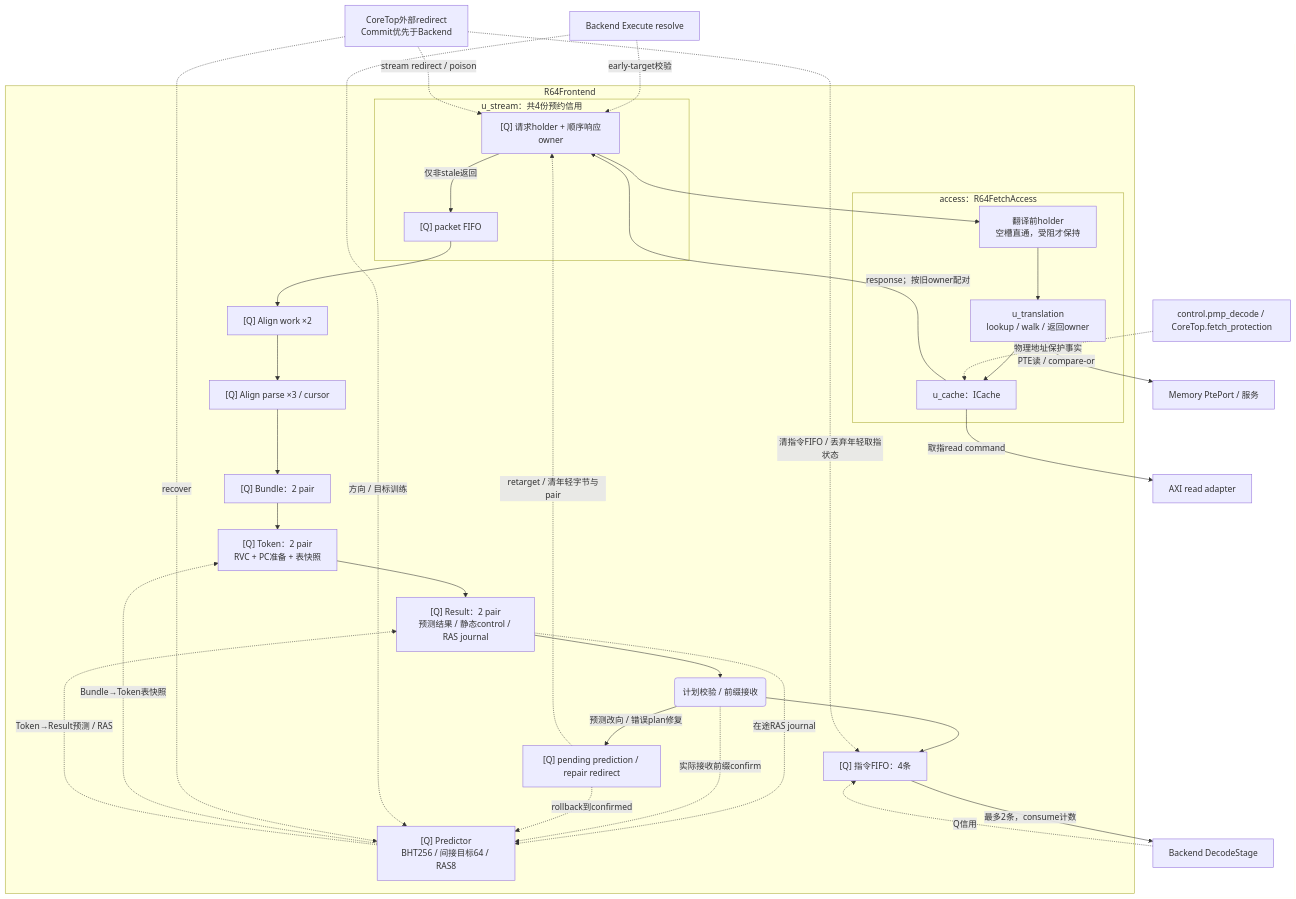
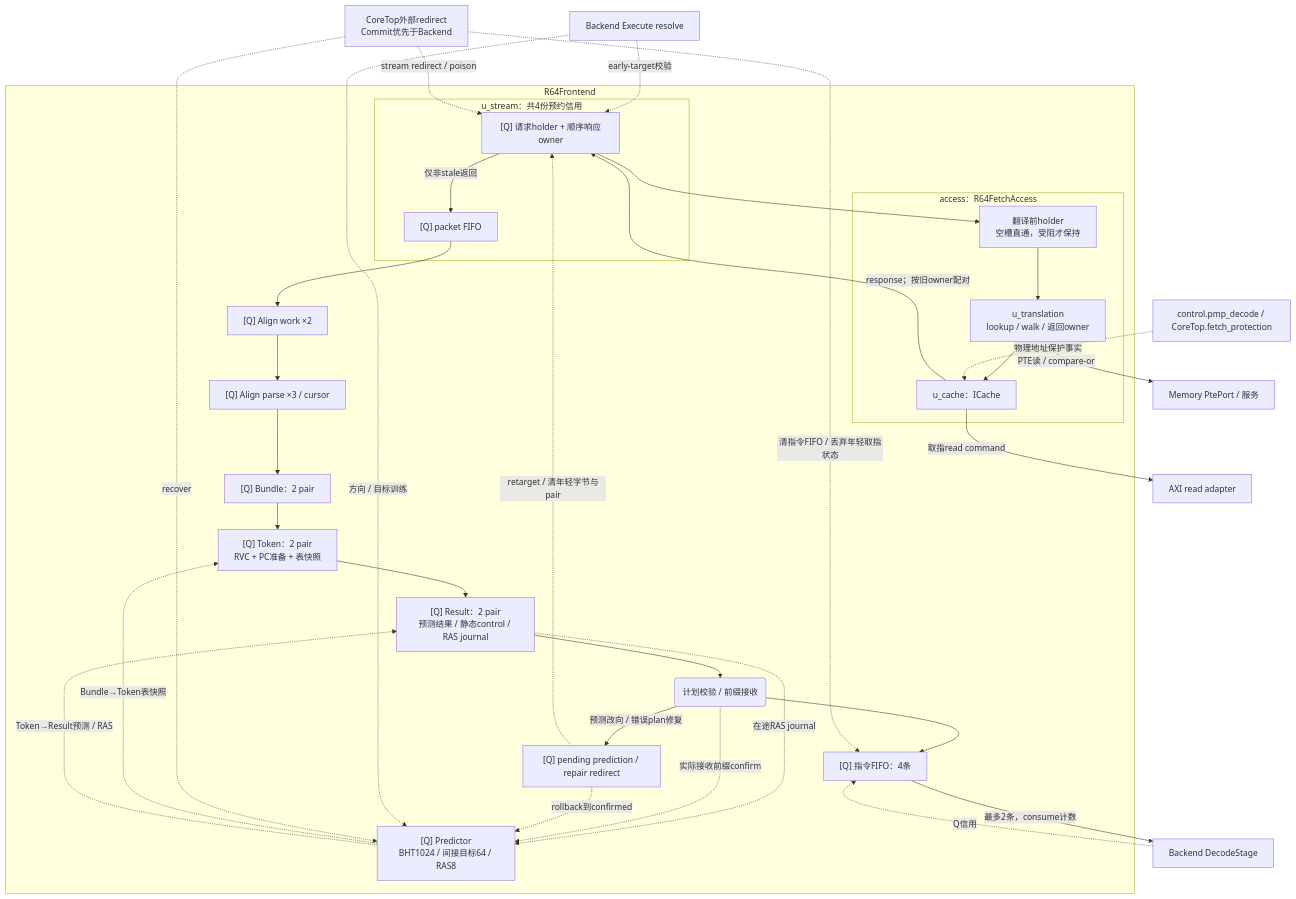
The diagram in npc/rv64/vsrc/frontend/TOPOLOGY.md (mcsaver/oscpu), drawn with Mermaid before and after one commit. The commit also changed other lines of this file and 227 other files, not shown here.

````diff
--- a/npc/rv64/vsrc/frontend/TOPOLOGY.md
+++ b/npc/rv64/vsrc/frontend/TOPOLOGY.md
@@ -48,44 +64,44 @@
 ```mermaid
 flowchart TB
   subgraph FE["R64Frontend"]
     subgraph ST["u_stream：共4份预约信用"]
       REQ["[Q] 请求holder + 顺序响应owner"]
       PK["[Q] packet FIFO"]
     end
     subgraph ACCESS["access：R64FetchAccess"]
       H["翻译前holder<br/>空槽直通，受阻才保持"]
       TR["u_translation<br/>lookup / walk / 返回owner"]
       IC["u_cache：ICache"]
     end
     WORK["[Q] Align work ×2"]
     PARSE["[Q] Align parse ×3 / cursor"]
     B["[Q] Bundle：2 pair"]
     T["[Q] Token：2 pair<br/>RVC + PC准备 + 表快照"]
     R["[Q] Result：2 pair<br/>预测结果 / 静态control / RAS journal"]
     A("计划校验 / 前缀接收")
     O["[Q] 指令FIFO：4条"]
-    BP["[Q] Predictor<br/>BHT256 / 间接目标64 / RAS8"]
+    BP["[Q] Predictor<br/>BHT1024 / 间接目标64 / RAS8"]
     LOCAL["[Q] pending prediction / repair redirect"]
     REQ --> H --> TR --> IC
     IC -->|"response；按旧owner配对"| REQ
     REQ -->|"仅非stale返回"| PK
     PK --> WORK --> PARSE --> B --> T --> R --> A --> O
     BP -.->|"Bundle→Token表快照"| T
     BP -.->|"Token→Result预测 / RAS"| R
     R -.->|"在途RAS journal"| BP
     A -.->|"实际接收前缀confirm"| BP
     A -->|"预测改向 / 错误plan修复"| LOCAL
     LOCAL -.->|"retarget / 清年轻字节与pair"| REQ
     LOCAL -.->|"rollback到confirmed"| BP
   end
   O -->|"最多2条，consume计数"| D["Backend DecodeStage"]
   D -.->|"Q信用"| O
   EX["Backend Execute resolve"] -.->|"方向 / 目标训练"| BP
   EX -.->|"early-target校验"| REQ
   RED["CoreTop外部redirect<br/>Commit优先于Backend"] -.->|"stream redirect / poison"| REQ
   RED -.->|"清指令FIFO / 丢弃年轻取指状态"| O
   RED -.->|"recover"| BP
   PROT["control.pmp_decode / CoreTop.fetch_protection"] -.->|"物理地址保护事实"| IC
   TR -->|"PTE读 / compare-or"| MEM["Memory PtePort / 服务"]
   IC -->|"取指read command"| AX["AXI read adapter"]
 ```
````
